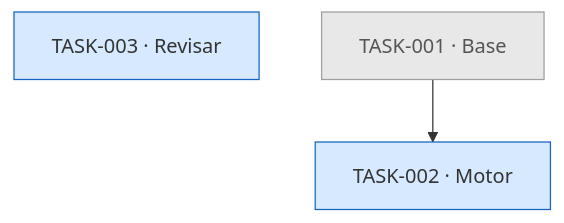
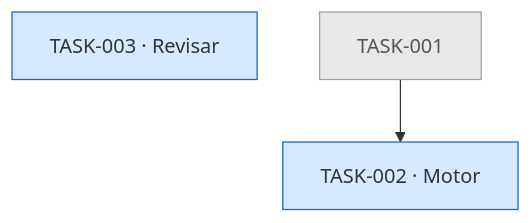
The second of 2 diagrams in crates/tc2/tests/fixtures/roadmap/referencia.md (charliebk/TaskCodeTwo), drawn with Mermaid before and after one commit. The commit also changed other lines of this file and 5 other files, not shown here.

First line of the commit message:
test(TASK-031): integracion de roadmap para C1 a C6

````diff
--- a/crates/tc2/tests/fixtures/roadmap/referencia.md
+++ b/crates/tc2/tests/fixtures/roadmap/referencia.md
@@ -87,14 +87,9 @@
 ```mermaid
 flowchart TD
   T002["TASK-002 · Motor"]:::marcha
   T003["TASK-003 · Revisar"]:::marcha
-  T001["TASK-001 · Base"]:::terminada
+  T001["TASK-001"]:::terminada
   T001 --> T002
-  classDef lista fill:#d4f7d4,stroke:#2e7d32
   classDef marcha fill:#d6e9ff,stroke:#1565c0
-  classDef espera fill:#f3f3f3,stroke:#888888
-  classDef atascada fill:#ffd6d6,stroke:#c62828
   classDef terminada fill:#e8e8e8,stroke:#9e9e9e,color:#555555
-  classDef descartada fill:#ffffff,stroke:#bbbbbb,stroke-dasharray:4 3,color:#888888
-  classDef borde fill:#ffffff,stroke:#999999,stroke-dasharray:2 2
 ```
````
